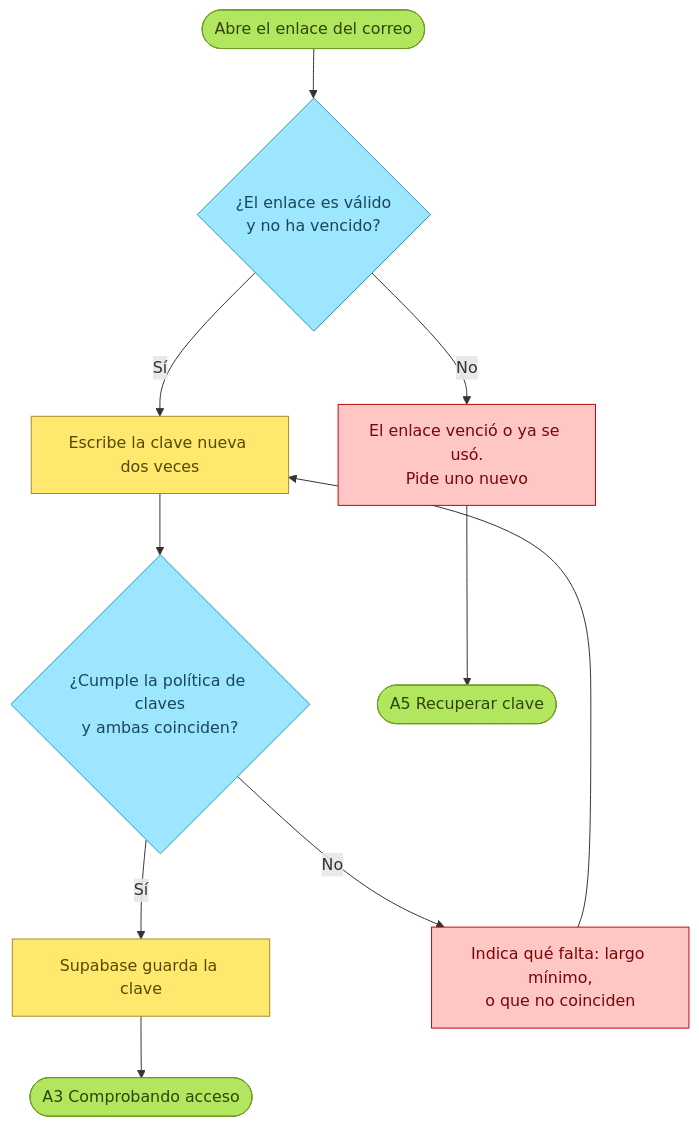
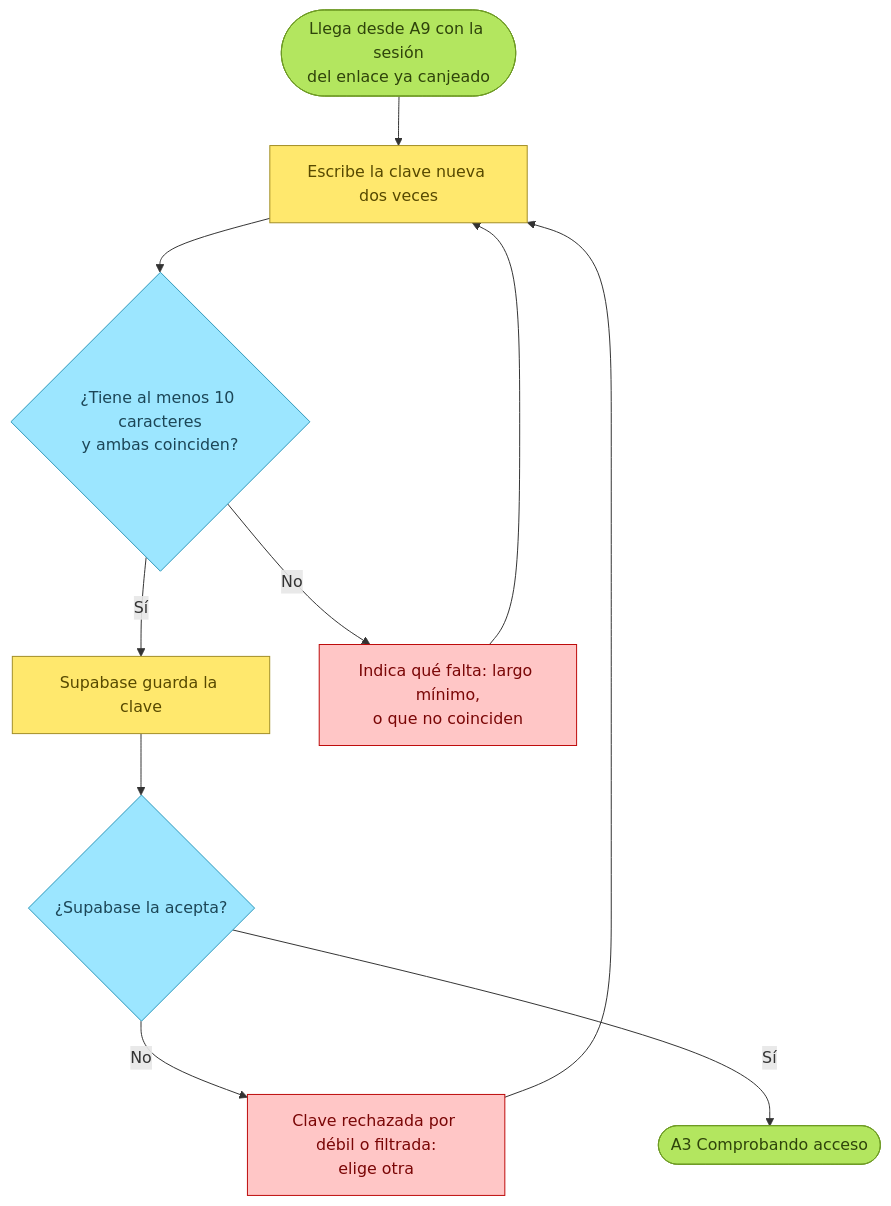
Before and after one commit to bernardoreveco/DentiHub: the seventh of 10 diagrams in docs/modulos/01-acceso.md, drawn with Mermaid. The commit also changed other lines of this file and 48 other files, not shown here.

````diff
--- a/docs/modulos/01-acceso.md
+++ b/docs/modulos/01-acceso.md
@@ -172,23 +228,22 @@
 ```mermaid
 flowchart TD
     classDef ini fill:#B3E65F,stroke:#6E9A24,color:#2F440B
     classDef paso fill:#FFE86D,stroke:#A28E26,color:#574900
     classDef dec fill:#9CE6FF,stroke:#2C97BB,color:#1C4657
     classDef no fill:#FFC6C6,stroke:#BD0A0A,color:#7A0606
 
-    n1([Abre el enlace del correo]):::ini
-    n2{¿El enlace es válido<br/>y no ha vencido?}:::dec
+    n1([Llega desde A9 con la sesión<br/>del enlace ya canjeado]):::ini
     n3[Escribe la clave nueva dos veces]:::paso
-    n4{¿Cumple la política de claves<br/>y ambas coinciden?}:::dec
+    n4{¿Tiene al menos 10 caracteres<br/>y ambas coinciden?}:::dec
     n5[Supabase guarda la clave]:::paso
+    n6{¿Supabase la acepta?}:::dec
     a3([A3 Comprobando acceso]):::ini
-    e1[El enlace venció o ya se usó.<br/>Pide uno nuevo]:::no
     e2[Indica qué falta: largo mínimo,<br/>o que no coinciden]:::no
-    a5([A5 Recuperar clave]):::ini
+    e3[Clave rechazada por débil o filtrada:<br/>elige otra]:::no
 
-    n1 --> n2
-    n2 -- No --> e1 --> a5
-    n2 -- Sí --> n3 --> n4
+    n1 --> n3 --> n4
     n4 -- No --> e2 --> n3
-    n4 -- Sí --> n5 --> a3
+    n4 -- Sí --> n5 --> n6
+    n6 -- No --> e3 --> n3
+    n6 -- Sí --> a3
 ```
````
